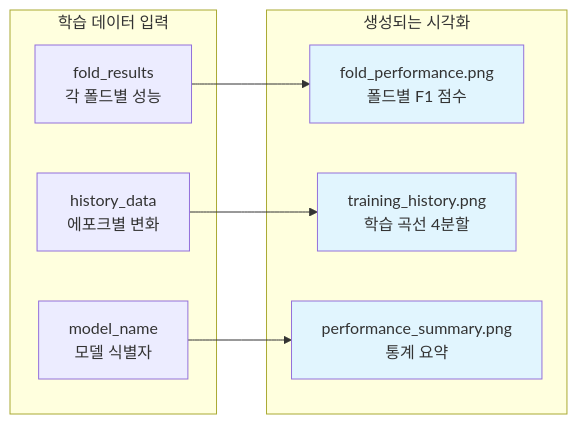
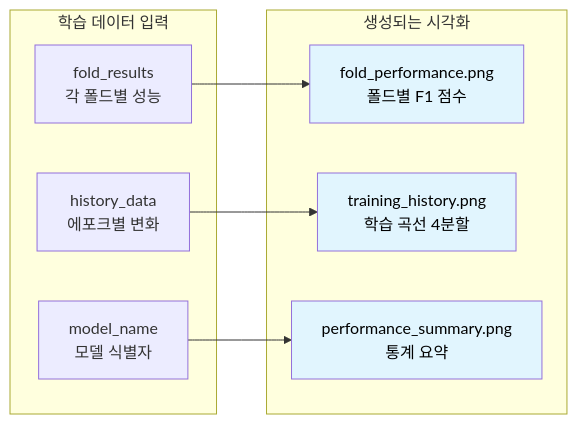
Before and after one commit to nimnusmik/CV_documents_classification_competition: the third of 6 diagrams in docs/시스템/시각화_시스템_가이드.md, drawn with Mermaid. The commit also changed other lines of this file and 11 other files, not shown here.

Commit message:
docs: mermaid 글자 색상 명확한 검정색으로 수정

````diff
--- a/docs/시스템/시각화_시스템_가이드.md
+++ b/docs/시스템/시각화_시스템_가이드.md
@@ -144,22 +144,22 @@
 ```mermaid
 graph LR
     subgraph "학습 데이터 입력"
         A[fold_results<br/>각 폴드별 성능]
         B[history_data<br/>에포크별 변화]
         C[model_name<br/>모델 식별자]
     end
     
     subgraph "생성되는 시각화"
         D[fold_performance.png<br/>폴드별 F1 점수]
         E[training_history.png<br/>학습 곡선 4분할]
         F[performance_summary.png<br/>통계 요약]
     end
     
     A --> D
     B --> E
     C --> F
     
-    style D fill:#e1f5fe
-    style E fill:#e1f5fe
-    style F fill:#e1f5fe
+    style D fill:#e1f5fe, color:#000000
+    style E fill:#e1f5fe, color:#000000
+    style F fill:#e1f5fe, color:#000000
 ```
````
